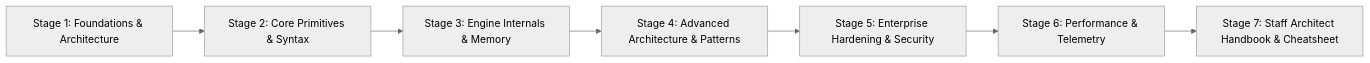
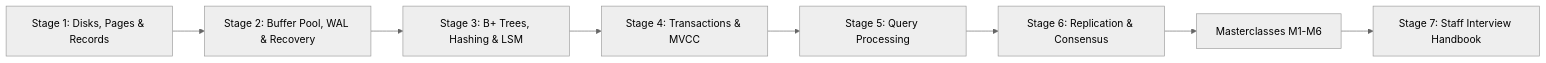
The first of 20 diagrams in README.md (TheLearningHubOrg/learn-database-internals), drawn with Mermaid (neutral theme) before and after one commit. The commit also changed other lines of this file and 36 other files, not shown here.

````diff
--- a/README.md
+++ b/README.md
@@ -28,9 +29,10 @@
 ```mermaid
 flowchart LR
-    S1["Stage 1: Foundations & Architecture"] --> S2["Stage 2: Core Primitives & Syntax"]
-    S2 --> S3["Stage 3: Engine Internals & Memory"]
-    S3 --> S4["Stage 4: Advanced Architecture & Patterns"]
-    S4 --> S5["Stage 5: Enterprise Hardening & Security"]
-    S5 --> S6["Stage 6: Performance & Telemetry"]
-    S6 --> S7["Stage 7: Staff Architect Handbook & Cheatsheet"]
+    S1["Stage 1: Disks, Pages & Records"] --> S2["Stage 2: Buffer Pool, WAL & Recovery"]
+    S2 --> S3["Stage 3: B+ Trees, Hashing & LSM"]
+    S3 --> S4["Stage 4: Transactions & MVCC"]
+    S4 --> S5["Stage 5: Query Processing"]
+    S5 --> S6["Stage 6: Replication & Consensus"]
+    S6 --> M["Masterclasses M1-M6"]
+    M --> S7["Stage 7: Staff Interview Handbook"]
 ```
````
